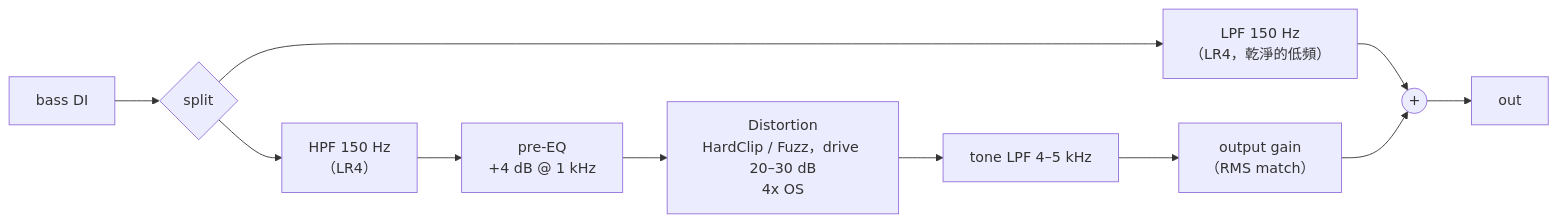
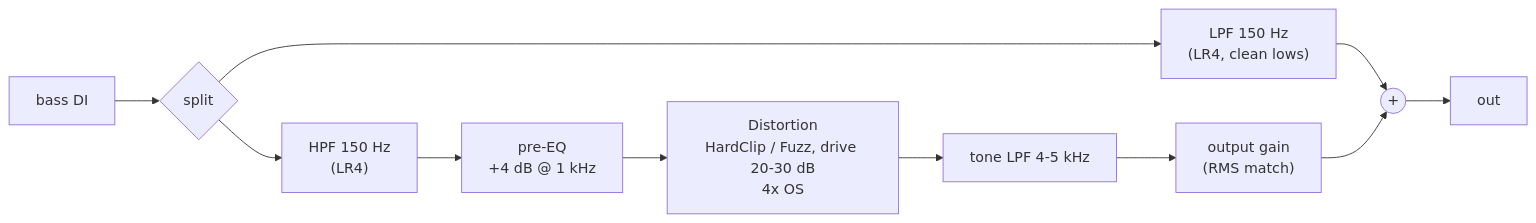
The diagram in lessons/07-distortion/solutions/README.md (TomHsieh300/DAW-for-fun), drawn with Mermaid before and after one commit. The commit also changed other lines of this file and 18 other files, not shown here.

````diff
--- a/lessons/07-distortion/solutions/README.md
+++ b/lessons/07-distortion/solutions/README.md
@@ -214,7 +216,7 @@
 ```mermaid
 flowchart LR
     IN[bass DI] --> SPLIT{split}
-    SPLIT --> LP["LPF 150 Hz<br/>（LR4，乾淨的低頻）"] --> SUM((+))
-    SPLIT --> HP["HPF 150 Hz<br/>（LR4）"] --> PRE["pre-EQ<br/>+4 dB @ 1 kHz"] --> DRV["Distortion<br/>HardClip / Fuzz，drive 20–30 dB<br/>4x OS"] --> TONE["tone LPF 4–5 kHz"] --> GAIN["output gain<br/>（RMS match）"] --> SUM
+    SPLIT --> LP["LPF 150 Hz<br/>(LR4, clean lows)"] --> SUM((+))
+    SPLIT --> HP["HPF 150 Hz<br/>(LR4)"] --> PRE["pre-EQ<br/>+4 dB @ 1 kHz"] --> DRV["Distortion<br/>HardClip / Fuzz, drive 20-30 dB<br/>4x OS"] --> TONE["tone LPF 4-5 kHz"] --> GAIN["output gain<br/>(RMS match)"] --> SUM
     SUM --> OUT[out]
 ```
````
